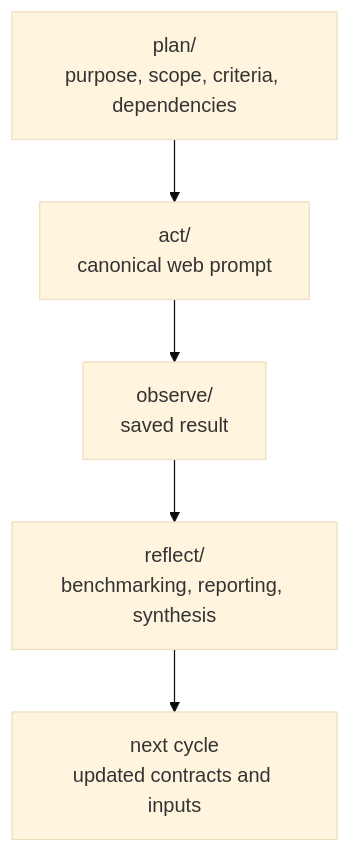
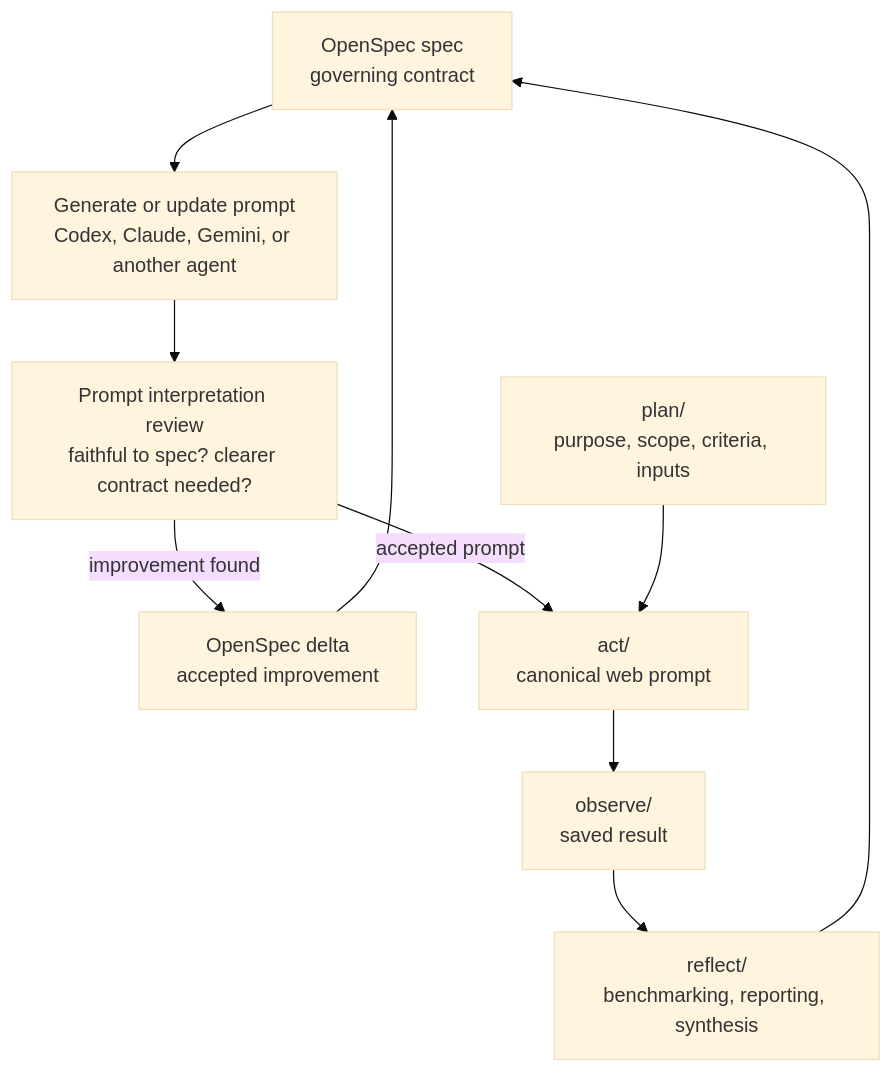
Before and after one commit to dtcc-platform/udt-platforms-mapping: the diagram in README.md, drawn with Mermaid (base theme). The commit also changed other lines of this file and 13 other files, not shown here.

Commit message:
refactor(workflow): replace calibration with prompt review

````diff
--- a/README.md
+++ b/README.md
@@ -165,18 +150,29 @@
 ```mermaid
 flowchart TD
-    P["plan/
-purpose, scope, criteria, dependencies"]
+    S["OpenSpec spec
+governing contract"]
+    G["Generate or update prompt
+Codex, Claude, Gemini, or another agent"]
+    V["Prompt interpretation review
+faithful to spec? clearer contract needed?"]
+    D["OpenSpec delta
+accepted improvement"]
     A["act/
 canonical web prompt"]
+    P["plan/
+purpose, scope, criteria, inputs"]
     O["observe/
 saved result"]
     R["reflect/
 benchmarking, reporting, synthesis"]
-    N["next cycle
-updated contracts and inputs"]
 
+    S --> G
+    G --> V
+    V -->|improvement found| D
+    D --> S
+    V -->|accepted prompt| A
     P --> A
     A --> O
     O --> R
-    R --> N
+    R --> S
 ```
````
